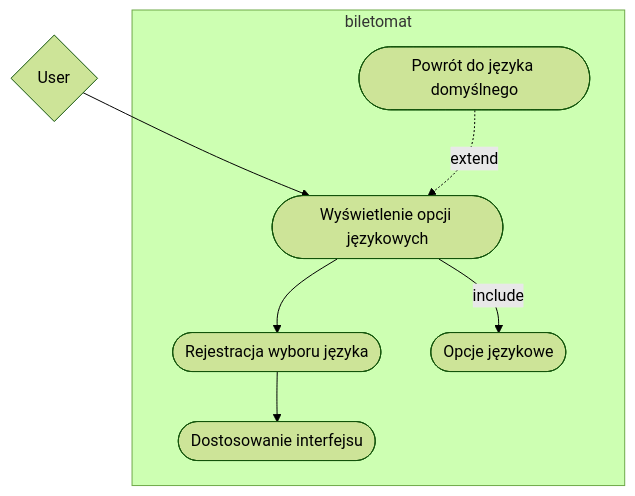
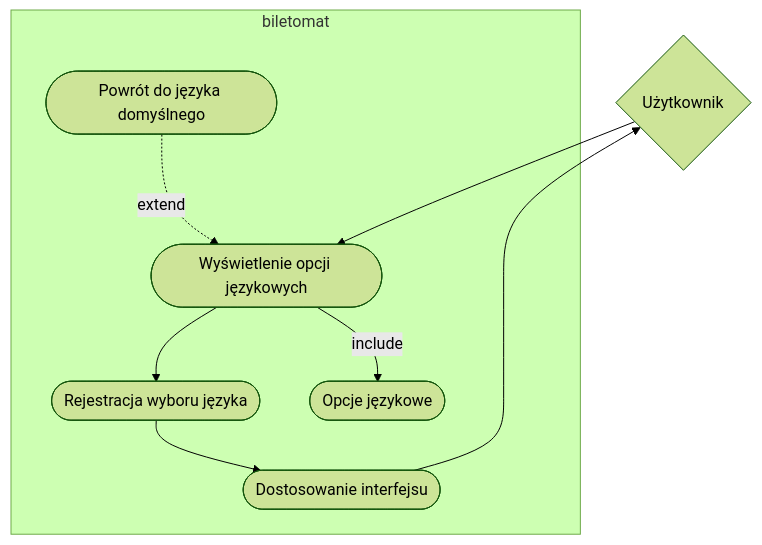
Before and after one commit to pilukal/MWO: the second of 5 diagrams in biletomat.md, drawn with Mermaid (forest theme). The commit also changed other lines of this file, not shown here.

````diff
--- a/biletomat.md
+++ b/biletomat.md
@@ -41,20 +41,20 @@
 ```mermaid
 flowchart TD
-    User{User}
-    User --> Wyświetlenie_opcji_jezykowych
-
+    Uzytkownik{Użytkownik}
+    Uzytkownik --> Wyświetlenie_opcji_jezykowych
+    Dostosowanie_interfejsu --> Uzytkownik
     subgraph biletomat
     
     Wyświetlenie_opcji_jezykowych([Wyświetlenie opcji językowych])
     Rejestracja_wyboru_jezyka([Rejestracja wyboru języka])
     Dostosowanie_interfejsu([Dostosowanie interfejsu])
     Opcje_jezykowe([Opcje językowe])
     Powrot_do_jezyka_domyslnego([Powrót do języka domyślnego])
 
     Wyświetlenie_opcji_jezykowych --> Rejestracja_wyboru_jezyka
     Rejestracja_wyboru_jezyka --> Dostosowanie_interfejsu
     Wyświetlenie_opcji_jezykowych --> |include| Opcje_jezykowe
     Powrot_do_jezyka_domyslnego -.-> |extend| Wyświetlenie_opcji_jezykowych
-
+    
     end
 ```
````
